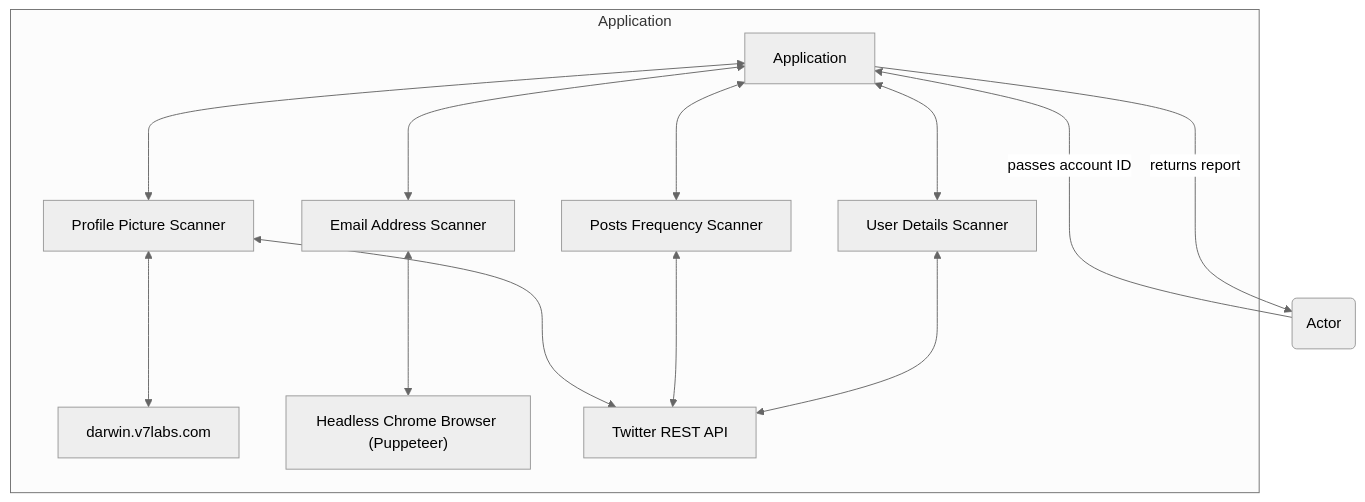
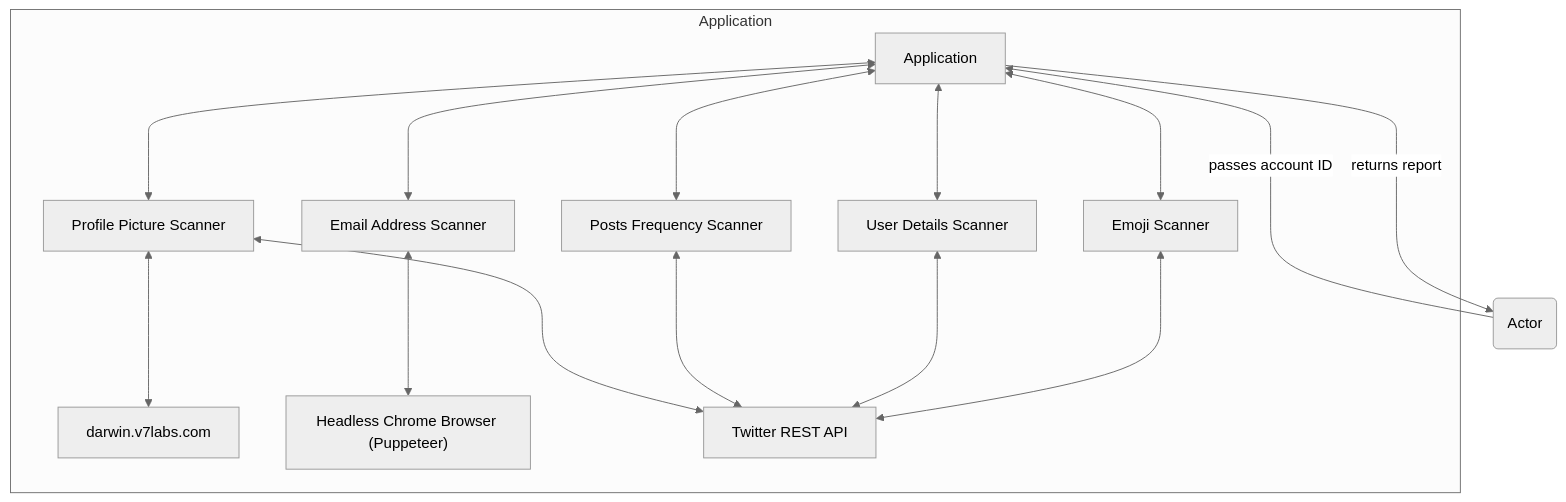
The diagram in README.md (elszczepano/master-thesis-automation), drawn with Mermaid (neutral theme) before and after one commit.

Commit message:
Update application diagram

````diff
--- a/README.md
+++ b/README.md
@@ -24,16 +24,18 @@
 ```mermaid
 flowchart BT
     A(Actor) -- passes account ID ----> B[Application]
     B -- returns report --> A
     subgraph Application
         C[Profile Picture Scanner] <---> B
         E[Posts Frequency Scanner] <---> B
         F[User Details Scanner] <---> B
+        G[Emoji Scanner] <---> B
         D[Email Address Scanner] <---> B
         H[darwin.v7labs.com] <---> C
         I["Headless Chrome Browser (Puppeteer)"] <---> D
         J[Twitter REST API] <---> C
         J[Twitter REST API] <---> E
         J[Twitter REST API] <---> F
+        J[Twitter REST API] <---> G
     end
 ```
````
